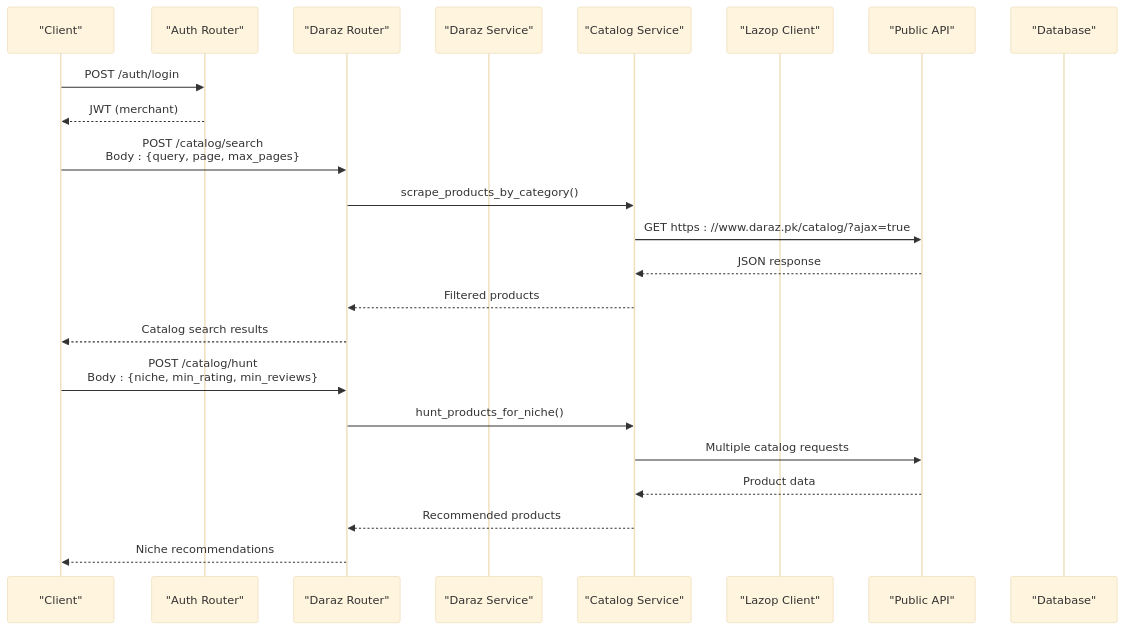
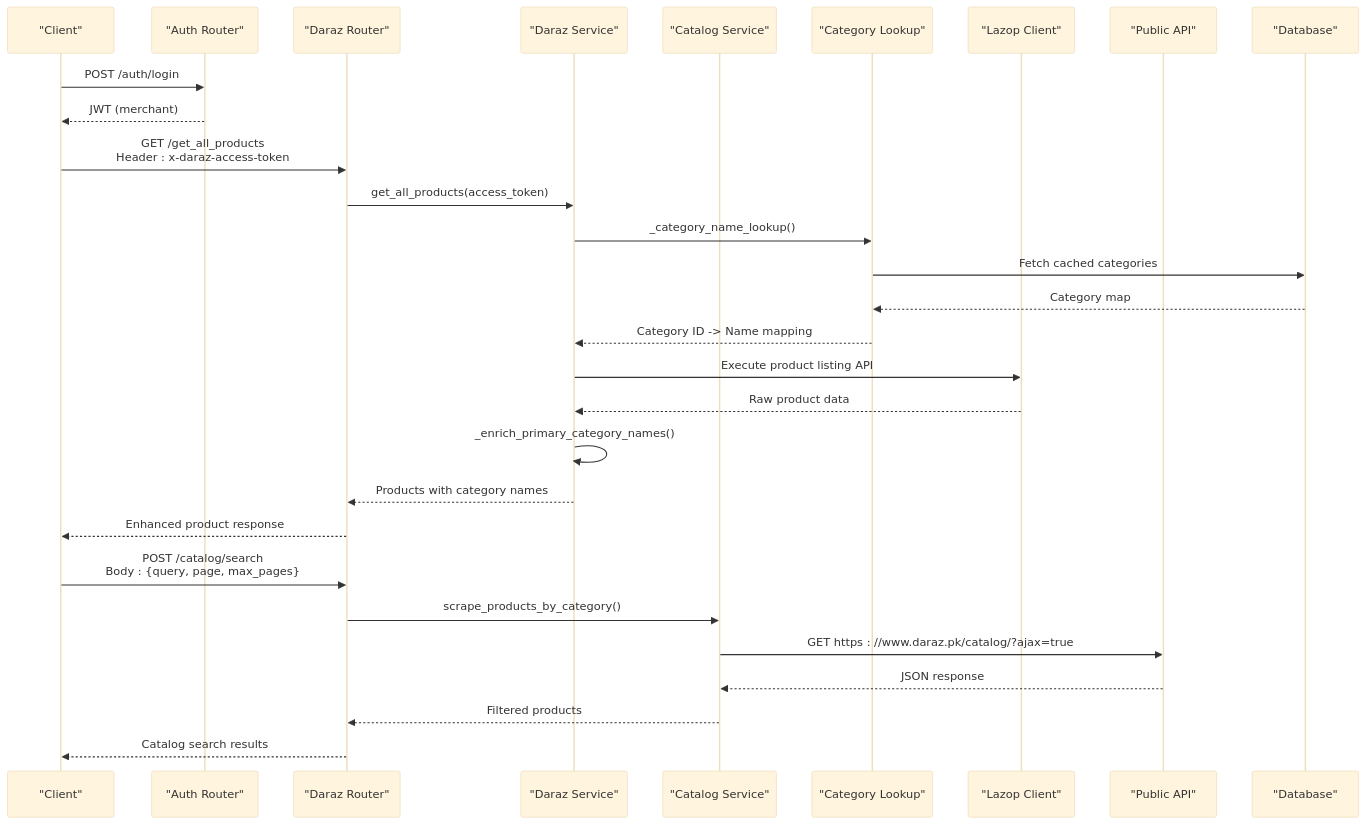
Before and after one commit to Muhammad-Masood/tijarah-ai-backend: the second of 6 diagrams in .qoder/repowiki/en/content/API Reference/Marketplace Integration API/Daraz Integration API.md, drawn with Mermaid (base theme). The commit also changed other lines of this file and 18 other files, not shown here.

First line of the commit message:
feat(daraz): enhance product category information with caching and enrichment

````diff
--- a/.qoder/repowiki/en/content/API Reference/Marketplace Integration API/Daraz Integration API.md
+++ b/.qoder/repowiki/en/content/API Reference/Marketplace Integration API/Daraz Integration API.md
@@ -135,25 +143,31 @@
 ```mermaid
 sequenceDiagram
 participant C as "Client"
 participant A as "Auth Router"
 participant D as "Daraz Router"
 participant S as "Daraz Service"
 participant CS as "Catalog Service"
+participant CL as "Category Lookup"
 participant L as "Lazop Client"
 participant PA as "Public API"
 participant DB as "Database"
 C->>A : POST /auth/login
 A-->>C : JWT (merchant)
+C->>D : GET /get_all_products<br/>Header : x-daraz-access-token
+D->>S : get_all_products(access_token)
+S->>CL : _category_name_lookup()
+CL->>DB : Fetch cached categories
+DB-->>CL : Category map
+CL-->>S : Category ID -> Name mapping
+S->>L : Execute product listing API
+L-->>S : Raw product data
+S->>S : _enrich_primary_category_names()
+S-->>D : Products with category names
+D-->>C : Enhanced product response
 C->>D : POST /catalog/search<br/>Body : {query, page, max_pages}
 D->>CS : scrape_products_by_category()
 CS->>PA : GET https : //www.daraz.pk/catalog/?ajax=true
 PA-->>CS : JSON response
 CS-->>D : Filtered products
 D-->>C : Catalog search results
-C->>D : POST /catalog/hunt<br/>Body : {niche, min_rating, min_reviews}
-D->>CS : hunt_products_for_niche()
-CS->>PA : Multiple catalog requests
-PA-->>CS : Product data
-CS-->>D : Recommended products
-D-->>C : Niche recommendations
 ```
````
